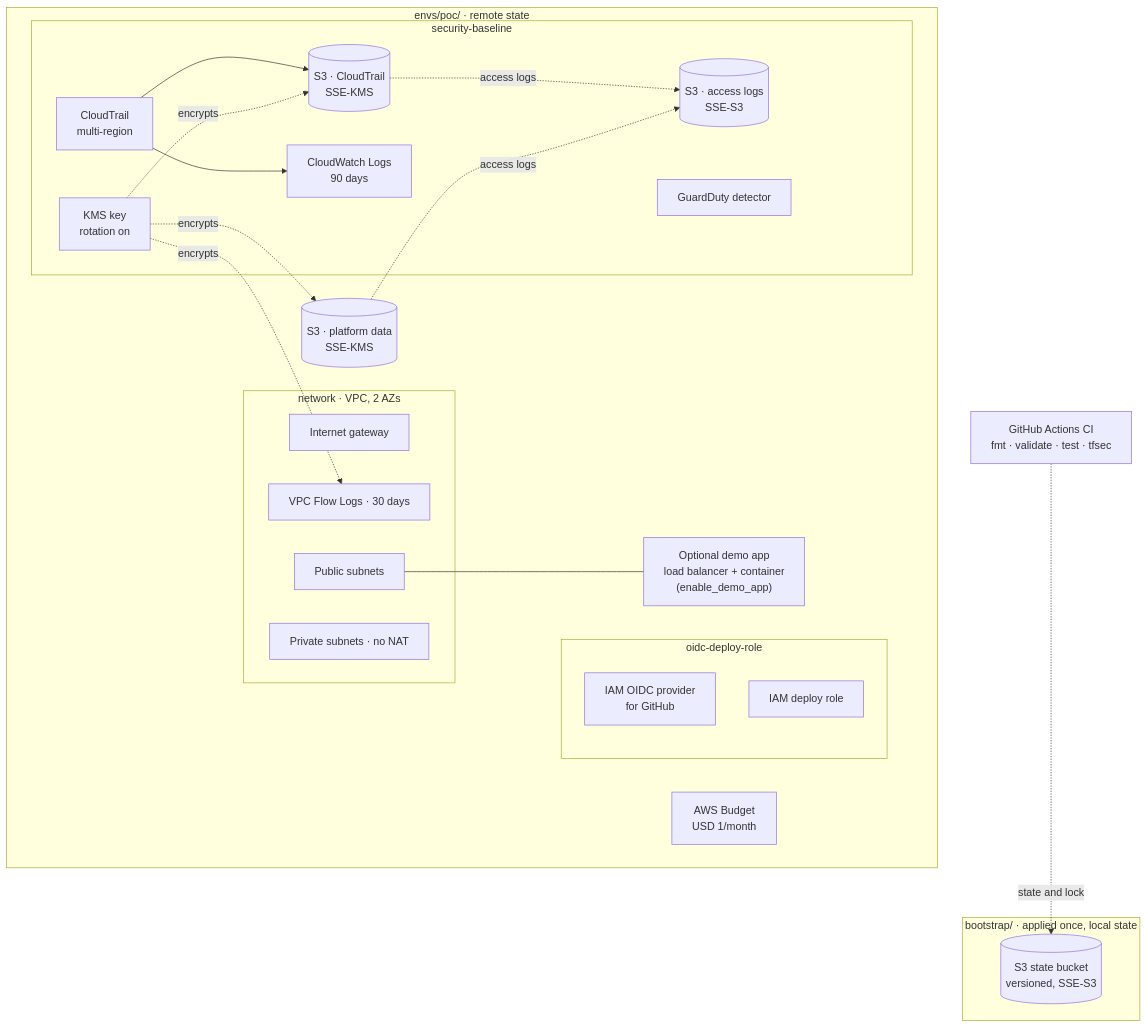
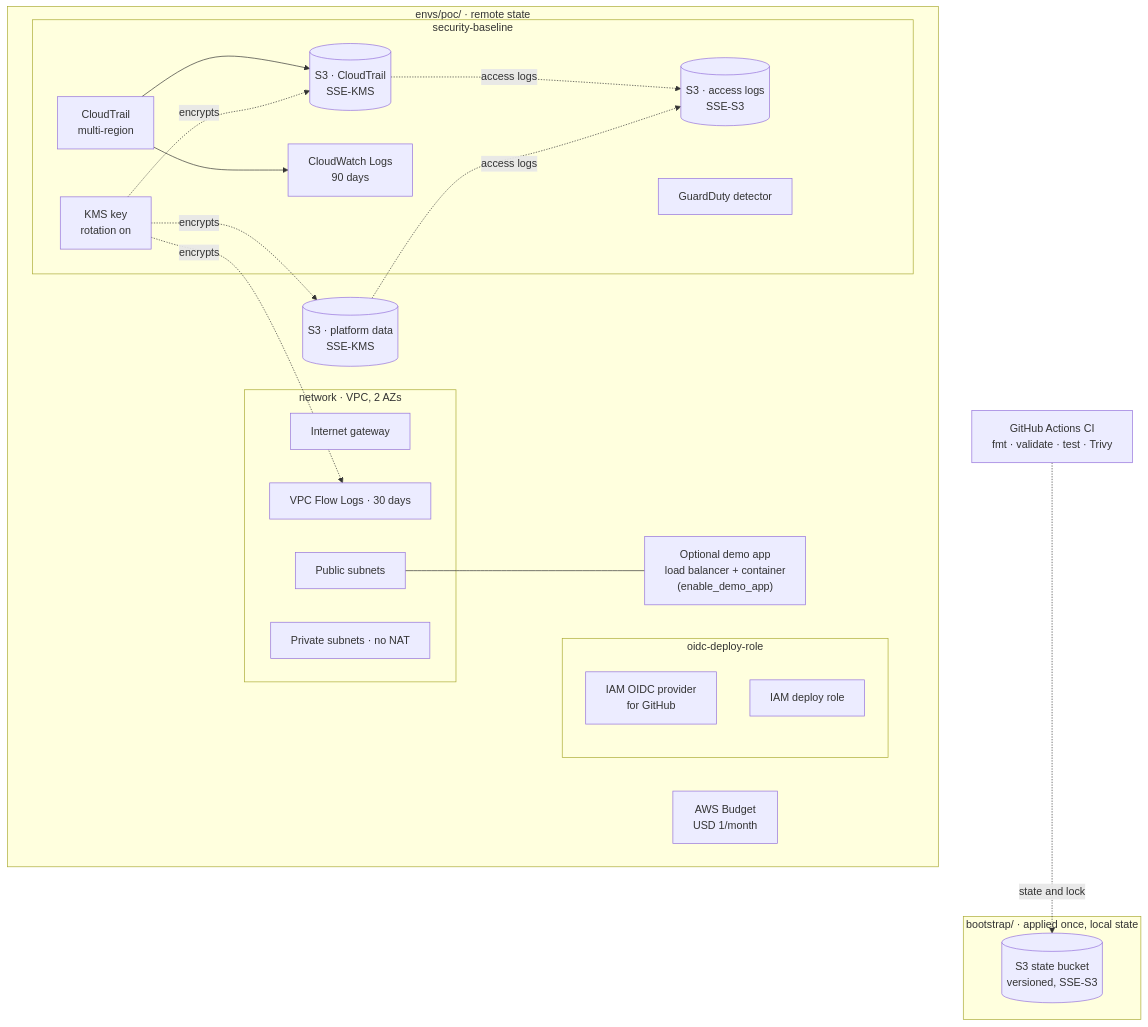
Before and after one commit to G-0Z/IFB398---Cobble-AWS---T235: the diagram in README.md, drawn with Mermaid. The commit also changed other lines of this file and 24 other files, not shown here.

````diff
--- a/README.md
+++ b/README.md
@@ -67,47 +68,47 @@
 ```mermaid
 flowchart TB
     subgraph L0["bootstrap/ · applied once, local state"]
         S3STATE[("S3 state bucket<br/>versioned, SSE-S3")]
     end
 
     subgraph L1["envs/poc/ · remote state"]
         subgraph SECURITY["security-baseline"]
             KMS["KMS key<br/>rotation on"]
             TRAIL["CloudTrail<br/>multi-region"]
             TRAILBUCKET[("S3 · CloudTrail<br/>SSE-KMS")]
             TRAILLOGS["CloudWatch Logs<br/>90 days"]
             ACCESSBUCKET[("S3 · access logs<br/>SSE-S3")]
             GUARDDUTY["GuardDuty detector"]
         end
 
         subgraph IDENTITY["oidc-deploy-role"]
             OIDCPROVIDER["IAM OIDC provider<br/>for GitHub"]
             DEPLOYROLE["IAM deploy role"]
         end
 
         BUDGET["AWS Budget<br/>USD 1/month"]
 
         subgraph NETWORK["network · VPC, 2 AZs"]
             IGW["Internet gateway"]
             PUBSUB["Public subnets"]
             PRIVSUB["Private subnets · no NAT"]
             FLOWLOGS["VPC Flow Logs · 30 days"]
         end
 
         DATABUCKET[("S3 · platform data<br/>SSE-KMS")]
 
         DEMO["Optional demo app<br/>load balancer + container<br/>(enable_demo_app)"]
     end
 
-    GH["GitHub Actions CI<br/>fmt · validate · test · tfsec"]
+    GH["GitHub Actions CI<br/>fmt · validate · test · Trivy"]
 
     GH -. state and lock .-> S3STATE
     TRAIL --> TRAILBUCKET
     TRAIL --> TRAILLOGS
     KMS -. encrypts .-> TRAILBUCKET
     KMS -. encrypts .-> DATABUCKET
     KMS -. encrypts .-> FLOWLOGS
     TRAILBUCKET -. access logs .-> ACCESSBUCKET
     DATABUCKET -. access logs .-> ACCESSBUCKET
     PUBSUB --- DEMO
 ```
````
